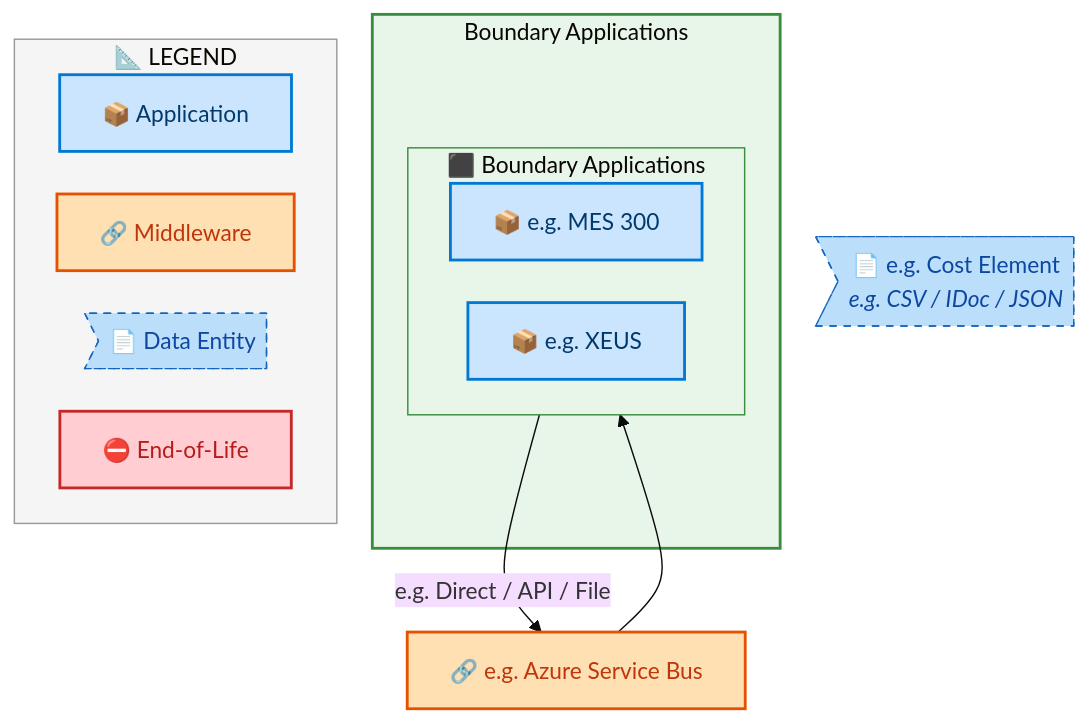
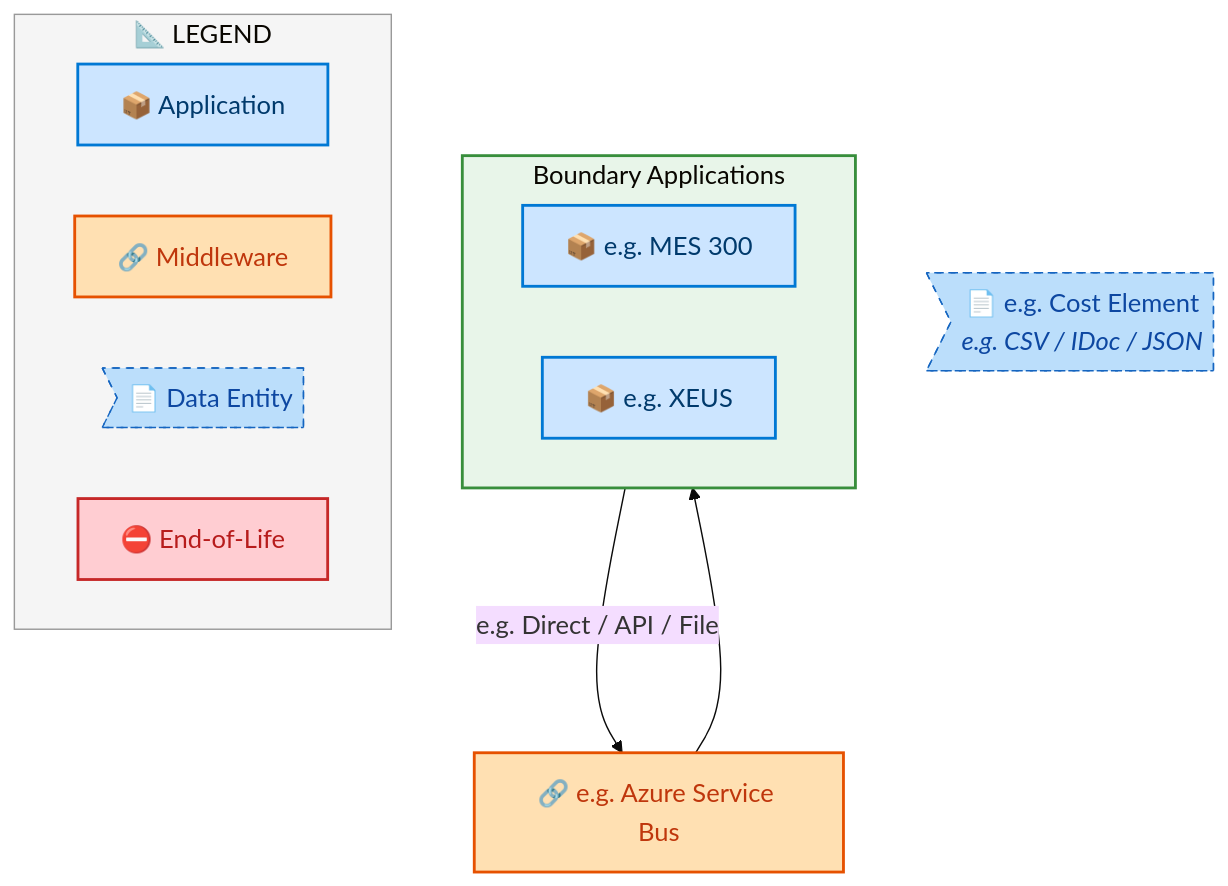
The ninth of 11 diagrams in towers/E2E/Procure to Pay/E2E-57/output/docs/systems-architecture/E2E-57-Architecture.md (sajivfrancis777/IAO-Architecture), drawn with Mermaid before and after one commit. The commit also changed other lines of this file and 251 other files, not shown here.

````diff
--- a/towers/E2E/Procure to Pay/E2E-57/output/docs/systems-architecture/E2E-57-Architecture.md
+++ b/towers/E2E/Procure to Pay/E2E-57/output/docs/systems-architecture/E2E-57-Architecture.md
@@ -1069,40 +1066,37 @@
 ```mermaid
-%%{init: {"theme": "base", "securityLevel": "loose", "themeVariables": {"fontSize": "16px", "fontFamily": "Segoe UI, Arial, sans-serif"}, "flowchart": {"useMaxWidth": false, "htmlLabels": true, "nodeSpacing": 30, "rankSpacing": 35}} }%%
+%%{init: {"theme": "base", "securityLevel": "loose", "themeVariables": {"fontSize": "18px", "fontFamily": "Segoe UI, Arial, sans-serif"}, "flowchart": {"useMaxWidth": false, "htmlLabels": true, "nodeSpacing": 50, "rankSpacing": 60}} }%%
 flowchart TB
     %% -- ArchiMate 3.2 + Azure style classes --
     classDef business      fill:#FFFFB3,stroke:#F9A825,stroke-width:2px,color:#000
     classDef app           fill:#CCE5FF,stroke:#0078D4,stroke-width:2px,color:#003A6C
     classDef data          fill:#BBDEFB,stroke:#1565C0,stroke-width:1px,color:#0D47A1,stroke-dasharray: 5 5
     classDef middleware    fill:#FFE0B2,stroke:#E65100,stroke-width:2px,color:#BF360C
     classDef eol           fill:#FFCDD2,stroke:#C62828,stroke-width:2px,color:#B71C1C
     classDef saas          fill:#E1BEE7,stroke:#7B1FA2,stroke-width:2px,color:#4A148C
     classDef cloud         fill:#BBDEFB,stroke:#1565C0,stroke-width:2px,color:#0D47A1
     classDef onprem        fill:#C8E6C9,stroke:#2E7D32,stroke-width:2px,color:#1B5E20
 
-    subgraph E2E57FT_Boundary_Applications["Boundary Applications"]
-        subgraph E2E57FLN_Boundary_Applications[" ⬛ Boundary Applications"]
-            direction LR
-            E2E57F_e_g_MES_300["📦 e.g. MES 300"]:::app
-            E2E57F_e_g_XEUS["📦 e.g. XEUS"]:::app
-        end
+    subgraph E2E57FLN_Boundary_Applications[" Boundary Applications"]
+        direction LR
+        E2E57F_e_g_MES_300["📦 e.g. MES 300"]:::app
+        E2E57F_e_g_XEUS["📦 e.g. XEUS"]:::app
     end
 
     E2E57FMW_e_g_Azure_Service_Bus["🔗 e.g. Azure Service Bus"]:::middleware
     E2E57FDE_e_g_Cost_Element>"📄 e.g. Cost Element<br/><i>e.g. CSV / IDoc / JSON</i>"]:::data
 
     E2E57F_e_g_MES_300 -->|"e.g. Direct / API / File"| E2E57FMW_e_g_Azure_Service_Bus
     E2E57FMW_e_g_Azure_Service_Bus --> E2E57F_e_g_XEUS
 
 
-    style E2E57FT_Boundary_Applications fill:#E8F5E9,stroke:#388E3C,stroke-width:2px
-    style E2E57FLN_Boundary_Applications fill:#E8F5E9,stroke:#388E3C,stroke-width:1px
+    style E2E57FLN_Boundary_Applications fill:#E8F5E9,stroke:#388E3C,stroke-width:2px
 
     subgraph Legend["📐 LEGEND"]
         direction LR
         L_APP["📦 Application"]:::app
         L_MW["🔗 Middleware"]:::middleware
         L_DE>"📄 Data Entity"]:::data
         L_EOL["⛔ End-of-Life"]:::eol
     end
     style Legend fill:#F5F5F5,stroke:#999,stroke-width:1px
 ```
````
